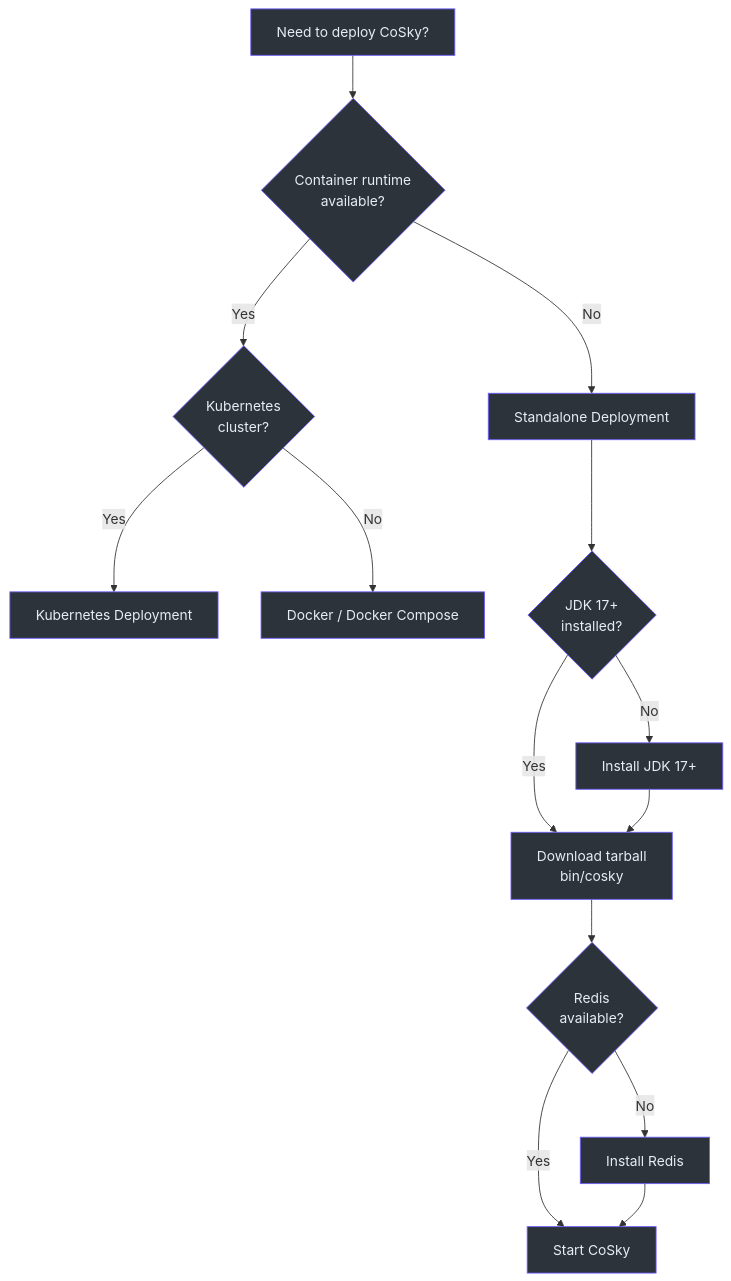
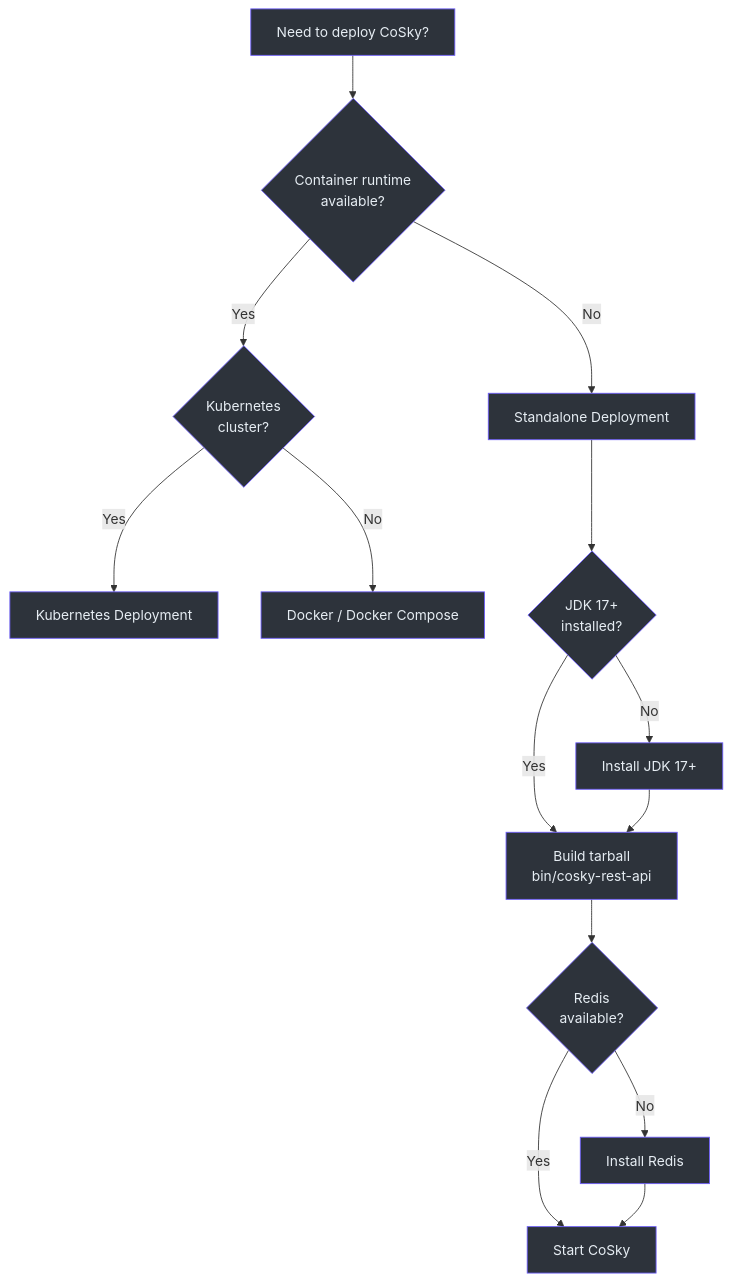
The first of 5 diagrams in wiki/guide/deployment-standalone.md (Ahoo-Wang/CoSky), drawn with Mermaid before and after one commit. The commit also changed other lines of this file and 36 other files, not shown here.

````diff
--- a/wiki/guide/deployment-standalone.md
+++ b/wiki/guide/deployment-standalone.md
@@ -55,31 +60,31 @@
 ```mermaid
 flowchart TD
     A["Need to deploy CoSky?"] --> B{"Container runtime<br>available?"}
     B -->|"Yes"| C{"Kubernetes<br>cluster?"}
     B -->|"No"| D["Standalone Deployment"]
     C -->|"Yes"| E["Kubernetes Deployment"]
     C -->|"No"| F["Docker / Docker Compose"]
     D --> G{"JDK 17+<br>installed?"}
-    G -->|"Yes"| H["Download tarball<br>bin/cosky"]
+    G -->|"Yes"| H["Build tarball<br>bin/cosky-rest-api"]
     G -->|"No"| I["Install JDK 17+"]
     I --> H
     H --> J{"Redis<br>available?"}
     J -->|"Yes"| K["Start CoSky"]
     J -->|"No"| L["Install Redis"]
     L --> K
 
     A:::node
     B:::node
     C:::node
     D:::node
     E:::node
     F:::node
     G:::node
     H:::node
     I:::node
     J:::node
     K:::node
     L:::node
 
     classDef node fill:#2d333b,stroke:#6d5dfc,color:#e6edf3
 ```
````
